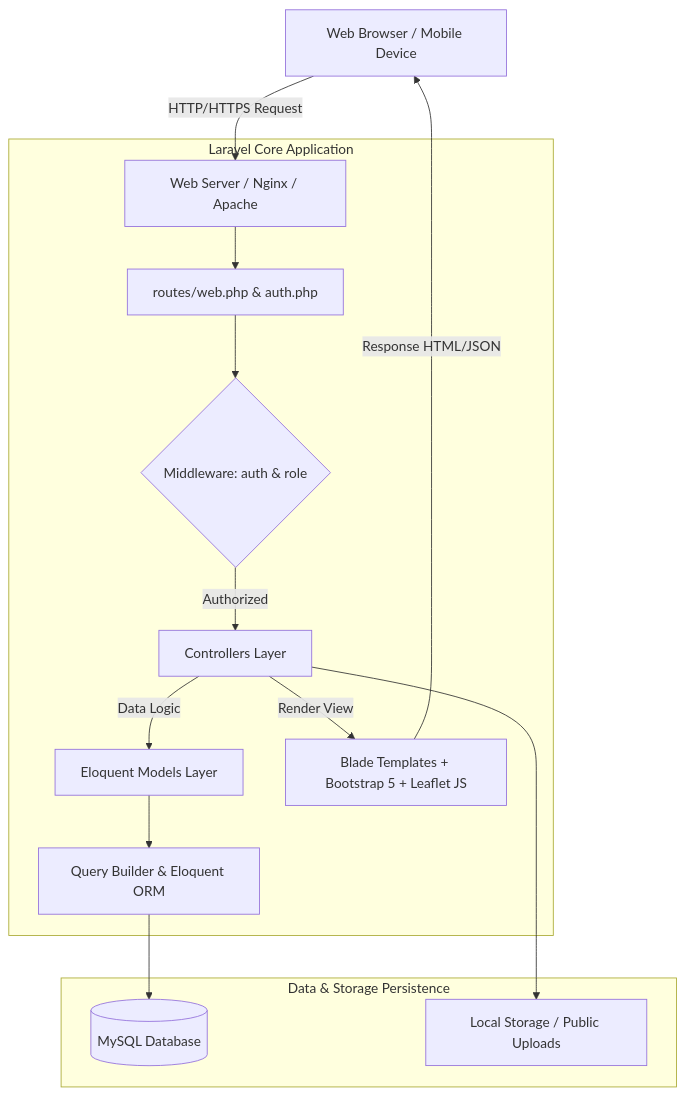
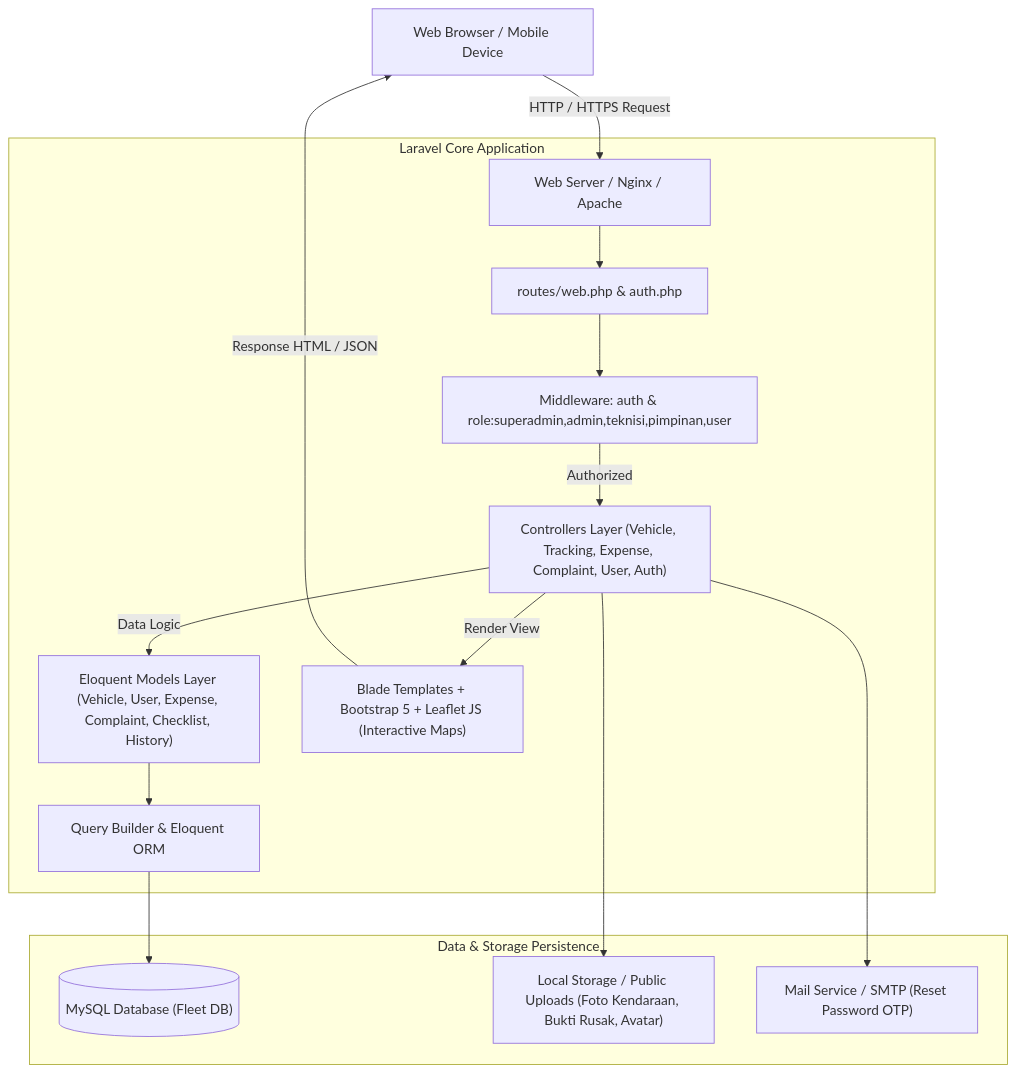
Before and after one commit to stinrhmwti/belajar_laravel: the fourth of 4 diagrams in doc/belajar_sistem_armada.md, drawn with Mermaid. The commit also changed other lines of this file and 40 other files, not shown here.

Commit message:
docs & feat: perbarui dokumentasi sistem armada, live tracking ETA, OTP password reset, dan sinkronisasi rute terbaru

````diff
--- a/doc/belajar_sistem_armada.md
+++ b/doc/belajar_sistem_armada.md
@@ -470,23 +559,24 @@
 ```mermaid
 graph TD
-    ClientBrowser[Web Browser / Mobile Device] -->|HTTP/HTTPS Request| WebServer[Web Server / Nginx / Apache]
+    ClientBrowser["Web Browser / Mobile Device"] -->|HTTP / HTTPS Request| WebServer["Web Server / Nginx / Apache"]
     
     subgraph Laravel Core Application
-        WebServer --> Routing[routes/web.php & auth.php]
-        Routing --> RoleMiddleware{Middleware: auth & role}
+        WebServer --> Routing["routes/web.php & auth.php"]
+        Routing --> RoleMiddleware["Middleware: auth & role:superadmin,admin,teknisi,pimpinan,user"]
         
-        RoleMiddleware -->|Authorized| Controllers[Controllers Layer]
+        RoleMiddleware -->|Authorized| Controllers["Controllers Layer (Vehicle, Tracking, Expense, Complaint, User, Auth)"]
         
-        Controllers -->|Data Logic| Models[Eloquent Models Layer]
-        Controllers -->|Render View| Views[Blade Templates + Bootstrap 5 + Leaflet JS]
+        Controllers -->|Data Logic| Models["Eloquent Models Layer (Vehicle, User, Expense, Complaint, Checklist, History)"]
+        Controllers -->|Render View| Views["Blade Templates + Bootstrap 5 + Leaflet JS (Interactive Maps)"]
         
-        Models --> QueryBuilder[Query Builder & Eloquent ORM]
+        Models --> QueryBuilder["Query Builder & Eloquent ORM"]
     end
 
     subgraph Data & Storage Persistence
-        QueryBuilder --> MySQL[(MySQL Database)]
-        Controllers --> StorageDisk[Local Storage / Public Uploads]
+        QueryBuilder --> MySQL[("MySQL Database (Fleet DB)")]
+        Controllers --> StorageDisk["Local Storage / Public Uploads (Foto Kendaraan, Bukti Rusak, Avatar)"]
+        Controllers --> MailService["Mail Service / SMTP (Reset Password OTP)"]
     end
 
-    Views -->|Response HTML/JSON| ClientBrowser
+    Views -->|Response HTML / JSON| ClientBrowser
 ```
````
